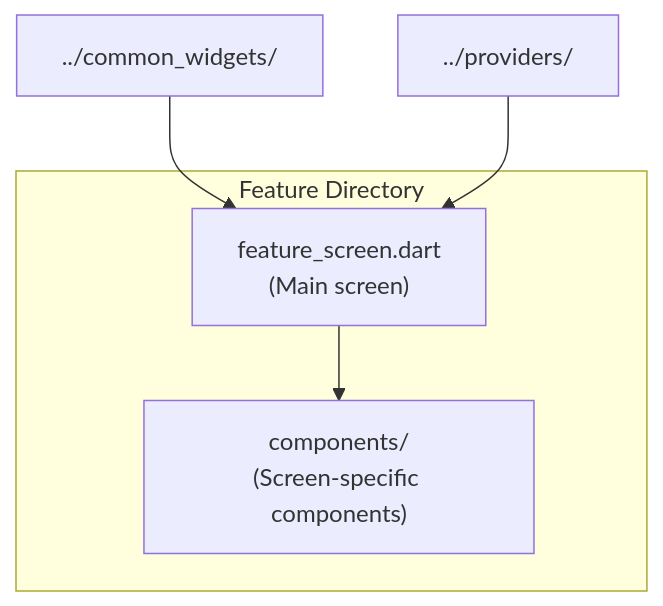
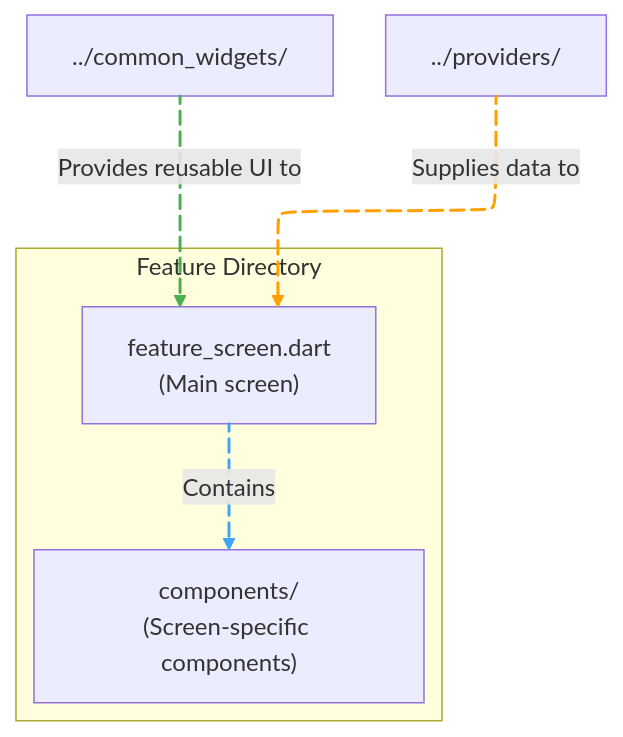
Before and after one commit to GeniusSystems24/genius_store: the first of 4 diagrams in lib/presentation/screens/README.md, drawn with Mermaid. The commit also changed other lines of this file and 60 other files, not shown here.

Commit message:
- add animations to diagrams.

````diff
--- a/lib/presentation/screens/README.md
+++ b/lib/presentation/screens/README.md
@@ -33,11 +33,24 @@
 ```mermaid
+---
+config:
+  look: classic
+  layout: elk
+---
 flowchart TD
     subgraph Feature Directory
         FeatureScreen["feature_screen.dart\n(Main screen)"]
         Components["components/\n(Screen-specific components)"]
     end
     
-    FeatureScreen --> Components
-    CommonWidgets["../common_widgets/"] --> FeatureScreen
-    Providers["../providers/"] --> FeatureScreen
+    FeatureScreen L_FeatureScreen_Components_0@--> |Contains| Components
+    CommonWidgets["../common_widgets/"] L_CommonWidgets_FeatureScreen_0@--> |Provides reusable UI to| FeatureScreen
+    Providers["../providers/"] L_Providers_FeatureScreen_0@--> |Supplies data to| FeatureScreen
+    
+    linkStyle 0 stroke:#42A5F5,fill:none,stroke-width:2px
+    linkStyle 1 stroke:#4CAF50,fill:none,stroke-width:2px
+    linkStyle 2 stroke:#FFA000,fill:none,stroke-width:2px
+    
+    L_FeatureScreen_Components_0@{ animation: fast }
+    L_CommonWidgets_FeatureScreen_0@{ animation: fast } 
+    L_Providers_FeatureScreen_0@{ animation: fast }
 ```
````
